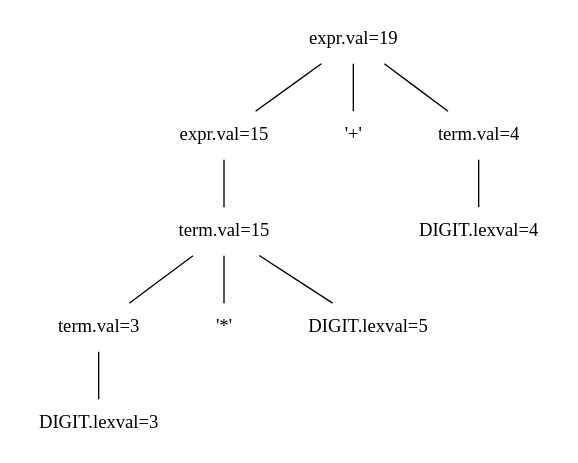
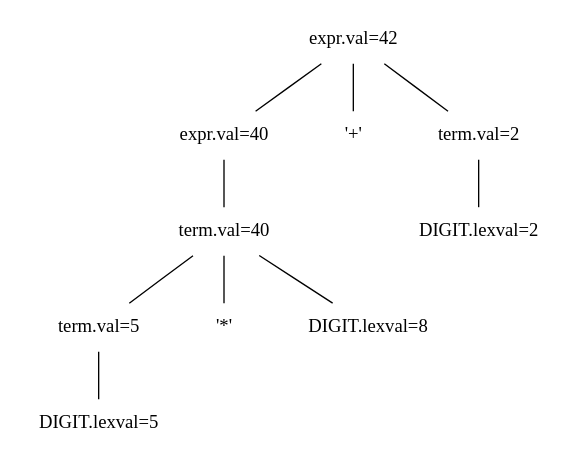
The diagram in markdown/semantics/attribgrammars/images/annotatedparsetree.dot (Compilerbau/Lecture), drawn with Graphviz before and after one commit. The commit also changed 3 other files, not shown here.

```diff
--- a/markdown/semantics/attribgrammars/images/annotatedparsetree.dot
+++ b/markdown/semantics/attribgrammars/images/annotatedparsetree.dot
@@ -1,31 +1,31 @@
 // dot -Tpdf annotatedparsetree.dot -o annotatedparsetree.pdf  &&   dot -Tpng annotatedparsetree.dot -o annotatedparsetree.png
 
 digraph annotatedparsetree {
     node [shape=plaintext];
     edge [arrowhead="none"];
 
     e1 -> e2 
     e1 -> p1
     e1 -> t1
     e2 -> t2
     
     t1 -> d3
     t2 -> t3
     t2 -> m1
     t2 -> d2
     t3 -> d1
 
-    e1 [label="expr.val=19"];
-    e2 [label="expr.val=15"];
+    e1 [label="expr.val=42"];
+    e2 [label="expr.val=40"];
     
-    t1 [label="term.val=4"];
-    t2 [label="term.val=15"];
-    t3 [label="term.val=3"];
+    t1 [label="term.val=2"];
+    t2 [label="term.val=40"];
+    t3 [label="term.val=5"];
     
-    d1 [label="DIGIT.lexval=3"];
-    d2 [label="DIGIT.lexval=5"];
-    d3 [label="DIGIT.lexval=4"];
+    d1 [label="DIGIT.lexval=5"];
+    d2 [label="DIGIT.lexval=8"];
+    d3 [label="DIGIT.lexval=2"];
     
     m1 [label="'*'"];
     p1 [label="'+'"];
 }
```
